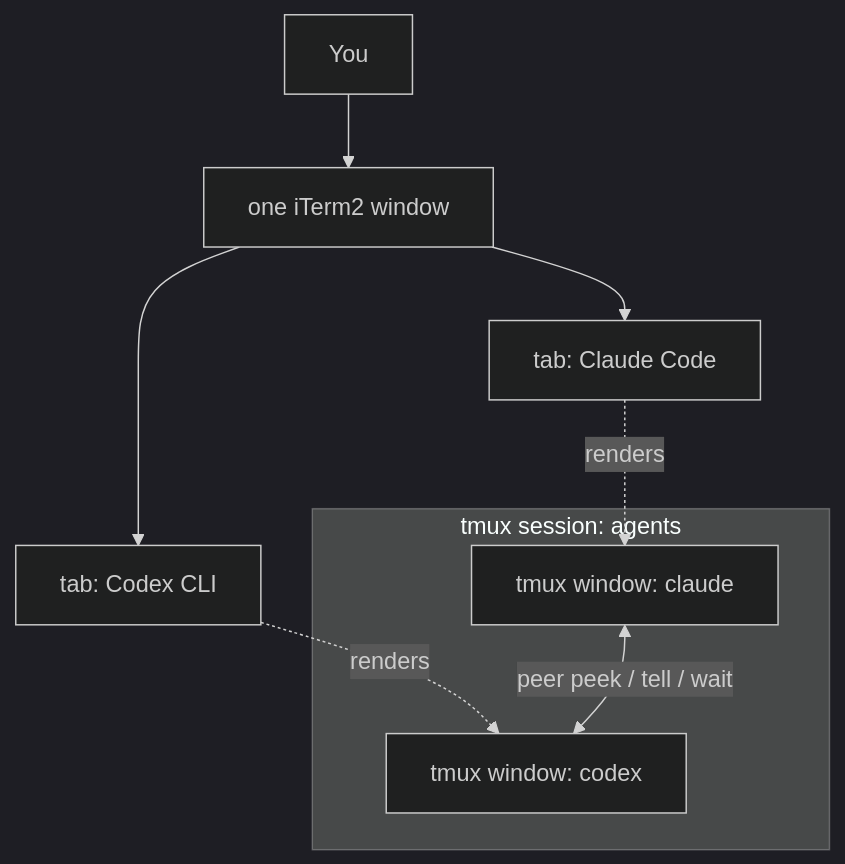
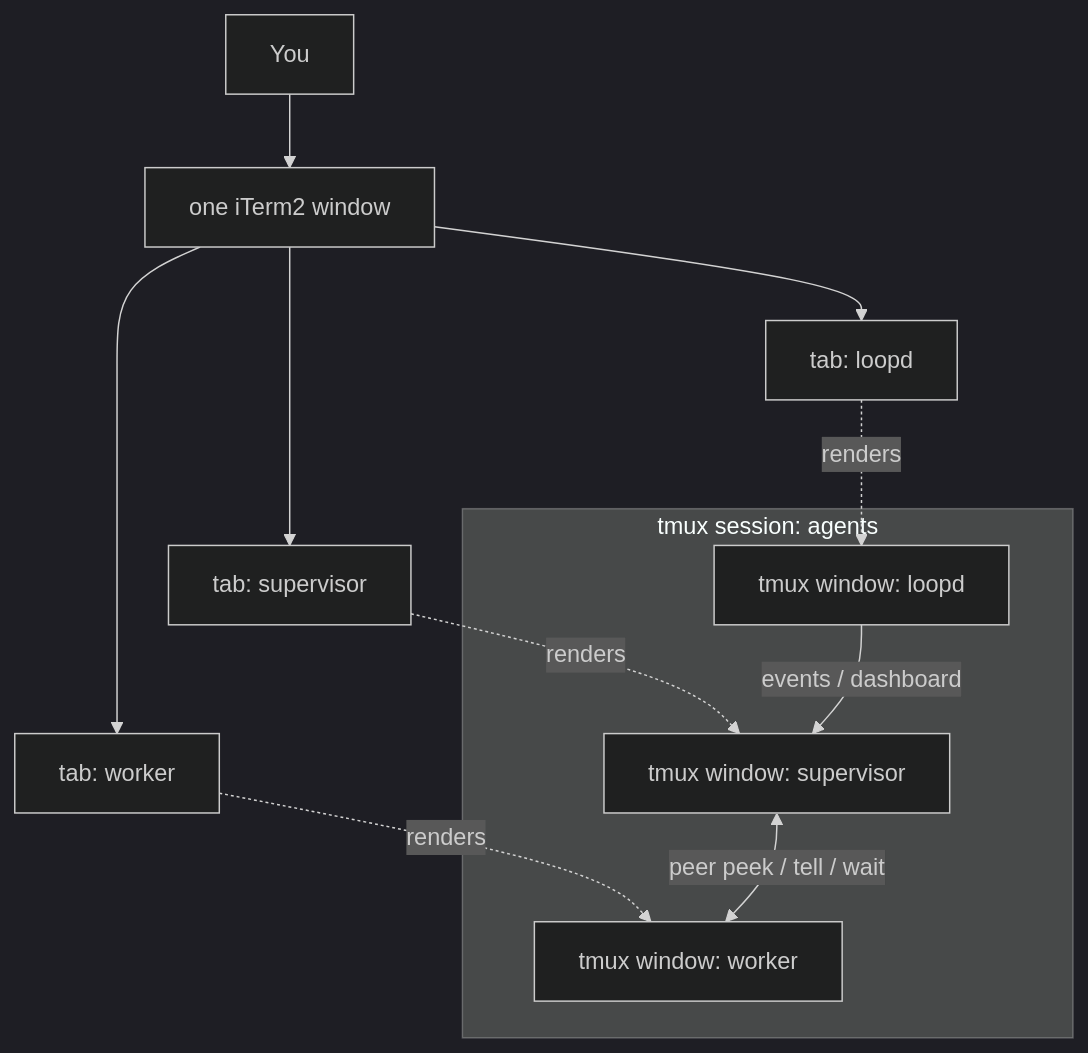
The first of 2 diagrams in README.md (fovecifer/agent-duo), drawn with Mermaid (dark theme) before and after one commit. The commit also changed other lines of this file and 14 other files, not shown here.

````diff
--- a/README.md
+++ b/README.md
@@ -34,15 +32,19 @@
 ```mermaid
 flowchart TB
   You["You"] --> ITerm["one iTerm2 window"]
-  ITerm --> ClaudeTab["tab: Claude Code"]
-  ITerm --> CodexTab["tab: Codex CLI"]
+  ITerm --> SupervisorTab["tab: supervisor"]
+  ITerm --> WorkerTab["tab: worker"]
+  ITerm --> LoopdTab["tab: loopd"]
 
   subgraph Tmux["tmux session: agents"]
-    ClaudeWin["tmux window: claude"]
-    CodexWin["tmux window: codex"]
+    SupervisorWin["tmux window: supervisor"]
+    LoopdWin["tmux window: loopd"]
+    WorkerWin["tmux window: worker"]
   end
 
-  ClaudeTab -.renders.-> ClaudeWin
-  CodexTab -.renders.-> CodexWin
-  ClaudeWin <-->|peer peek / tell / wait| CodexWin
+  SupervisorTab -.renders.-> SupervisorWin
+  WorkerTab -.renders.-> WorkerWin
+  LoopdTab -.renders.-> LoopdWin
+  SupervisorWin <-->|peer peek / tell / wait| WorkerWin
+  LoopdWin -->|events / dashboard| SupervisorWin
 ```
````
